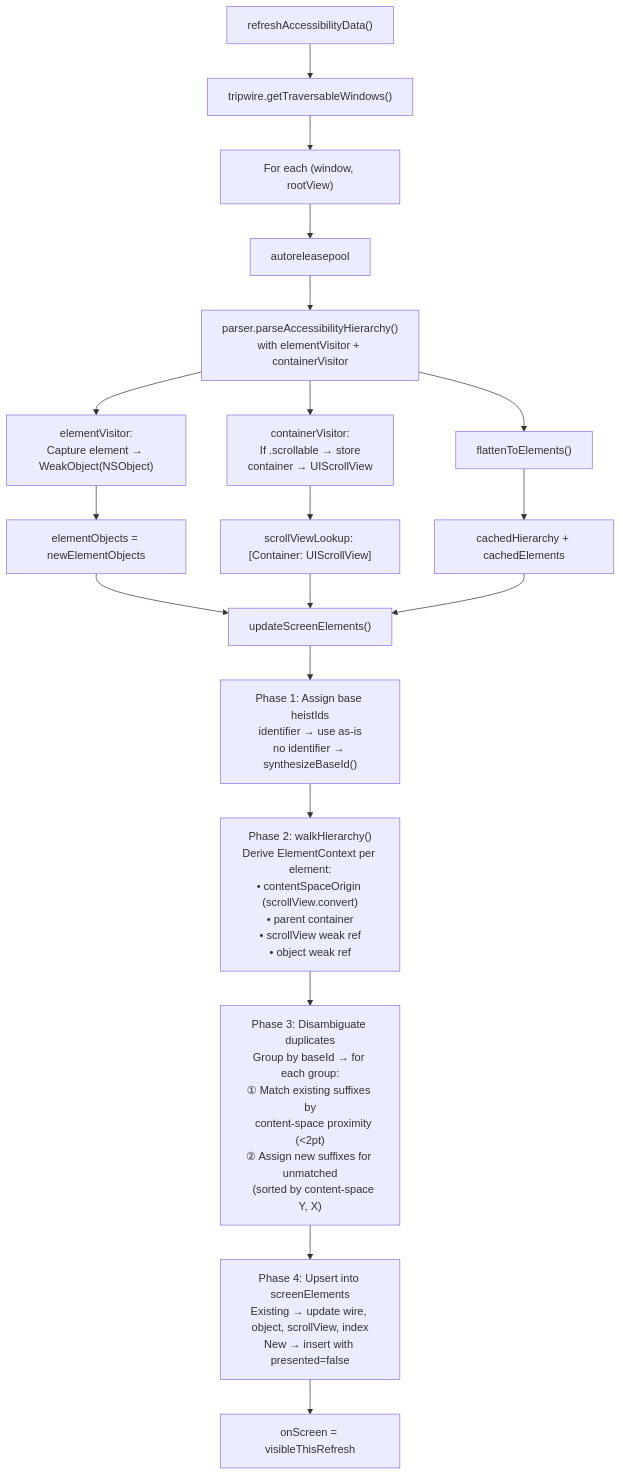
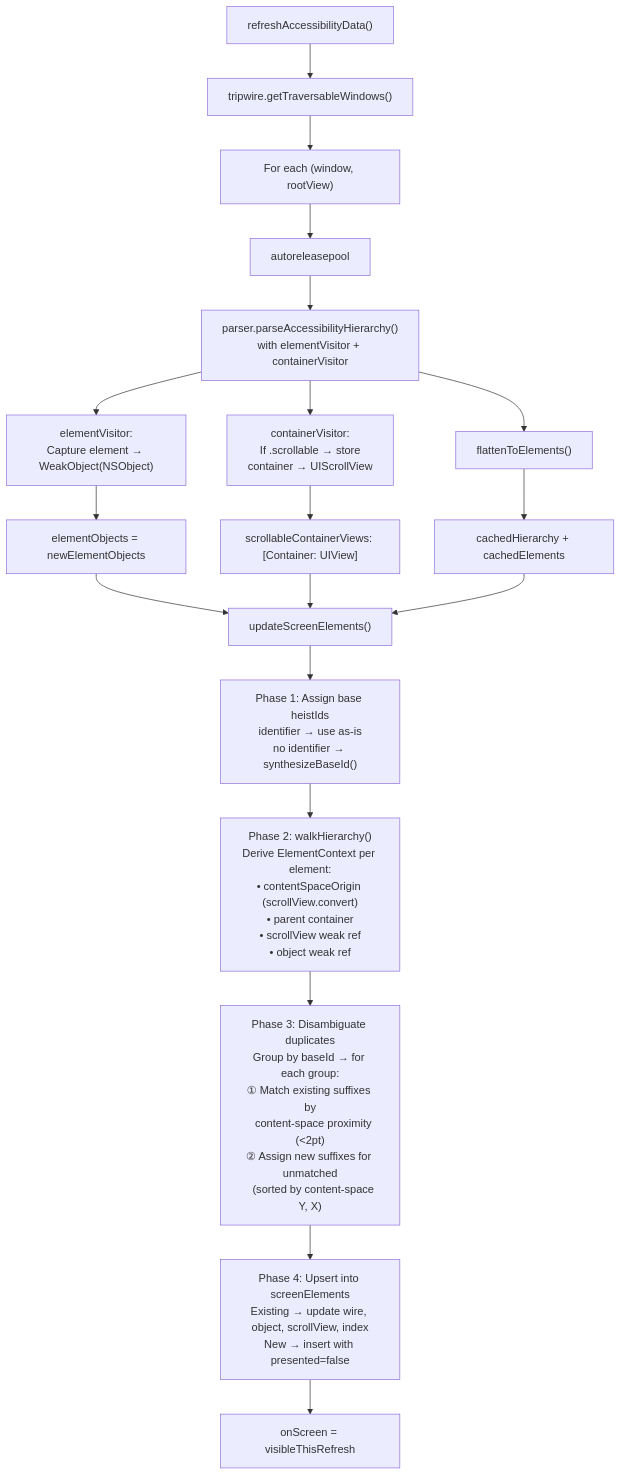
One commit to RoyalPineapple/TheButtonHeist changed the fifth of 9 diagrams in docs/dossiers/13-THEBAGMAN.md. Above: the diagram before and after it, drawn with Mermaid. The commit also changed other lines of this file and 27 other files, not shown here.

First line of the commit message:
Nested scroll views + resolveTarget result type (#178)

````diff
--- a/docs/dossiers/13-THEBAGMAN.md
+++ b/docs/dossiers/13-THEBAGMAN.md
@@ -191,24 +192,24 @@
 ```mermaid
 flowchart TD
     R["refreshAccessibilityData()"] --> W["tripwire.getTraversableWindows()"]
     W --> LOOP["For each (window, rootView)"]
     LOOP --> AP["autoreleasepool"]
     AP --> PARSE["parser.parseAccessibilityHierarchy()<br/>with elementVisitor + containerVisitor"]
     PARSE --> EV["elementVisitor:<br/>Capture element → WeakObject(NSObject)"]
     PARSE --> CV["containerVisitor:<br/>If .scrollable → store<br/>container → UIScrollView"]
     PARSE --> FLAT["flattenToElements()"]
 
     EV --> STORE["elementObjects = newElementObjects"]
-    CV --> SVL["scrollViewLookup: [Container: UIScrollView]"]
+    CV --> SVL["scrollableContainerViews: [Container: UIView]"]
     FLAT --> CACHE["cachedHierarchy + cachedElements"]
 
     STORE --> USE["updateScreenElements()"]
     SVL --> USE
     CACHE --> USE
 
     USE --> P1["Phase 1: Assign base heistIds<br/>identifier → use as-is<br/>no identifier → synthesizeBaseId()"]
     P1 --> P2["Phase 2: walkHierarchy()<br/>Derive ElementContext per element:<br/>• contentSpaceOrigin (scrollView.convert)<br/>• parent container<br/>• scrollView weak ref<br/>• object weak ref"]
     P2 --> P3["Phase 3: Disambiguate duplicates<br/>Group by baseId → for each group:<br/>① Match existing suffixes by<br/>   content-space proximity (<2pt)<br/>② Assign new suffixes for unmatched<br/>   (sorted by content-space Y, X)"]
     P3 --> P4["Phase 4: Upsert into screenElements<br/>Existing → update wire, object, scrollView, index<br/>New → insert with presented=false"]
     P4 --> ON["onScreen = visibleThisRefresh"]
 ```
````
